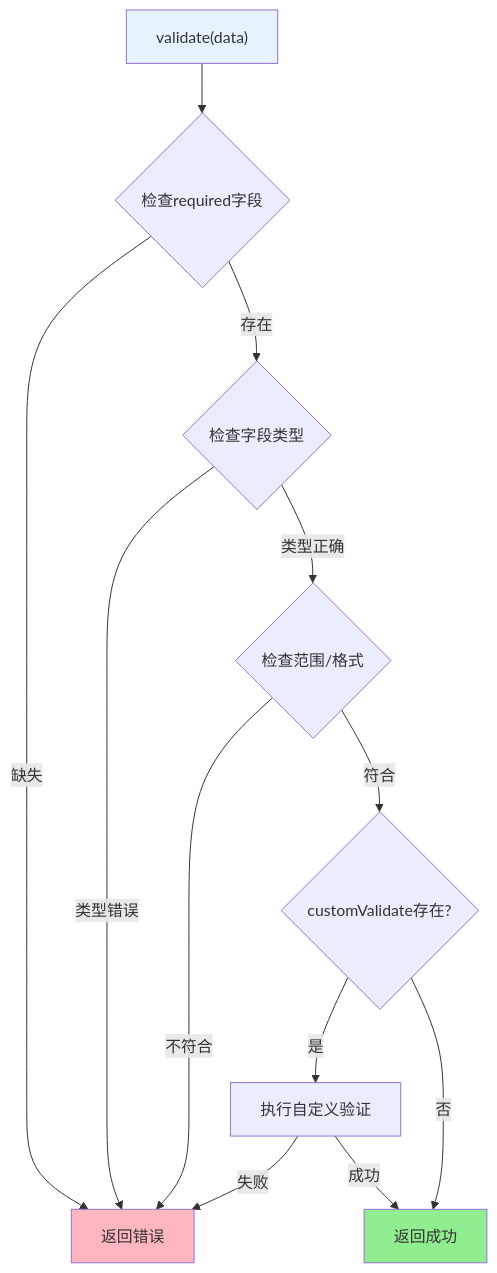
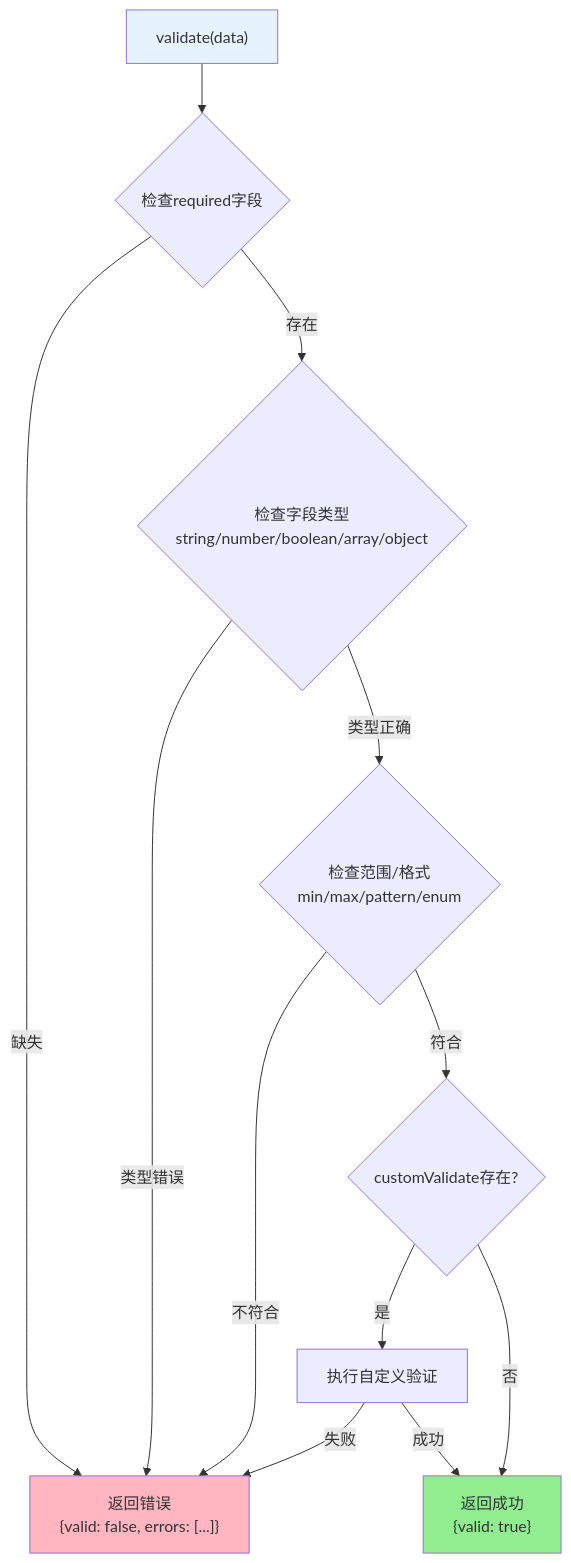
One commit to sunflowermm/XRK-AGT changed the third of 3 diagrams in docs/config-base.md. Above: the diagram before and after it, drawn with Mermaid. The commit also changed other lines of this file and 8 other files, not shown here.

````diff
--- a/docs/config-base.md
+++ b/docs/config-base.md
@@ -177,18 +186,18 @@
 ```mermaid
 flowchart TB
     A["validate(data)"] --> B{"检查required字段"}
-    B -->|缺失| C["返回错误"]
-    B -->|存在| D{"检查字段类型"}
+    B -->|缺失| C["返回错误<br/>{valid: false, errors: [...]}"]
+    B -->|存在| D{"检查字段类型<br/>string/number/boolean/array/object"}
     D -->|类型错误| C
-    D -->|类型正确| E{"检查范围/格式"}
+    D -->|类型正确| E{"检查范围/格式<br/>min/max/pattern/enum"}
     E -->|不符合| C
     E -->|符合| F{"customValidate存在?"}
     F -->|是| G["执行自定义验证"]
-    F -->|否| H["返回成功"]
+    F -->|否| H["返回成功<br/>{valid: true}"]
     G -->|失败| C
     G -->|成功| H
     
     style A fill:#E6F3FF
     style H fill:#90EE90
     style C fill:#FFB6C1
 ```
````
